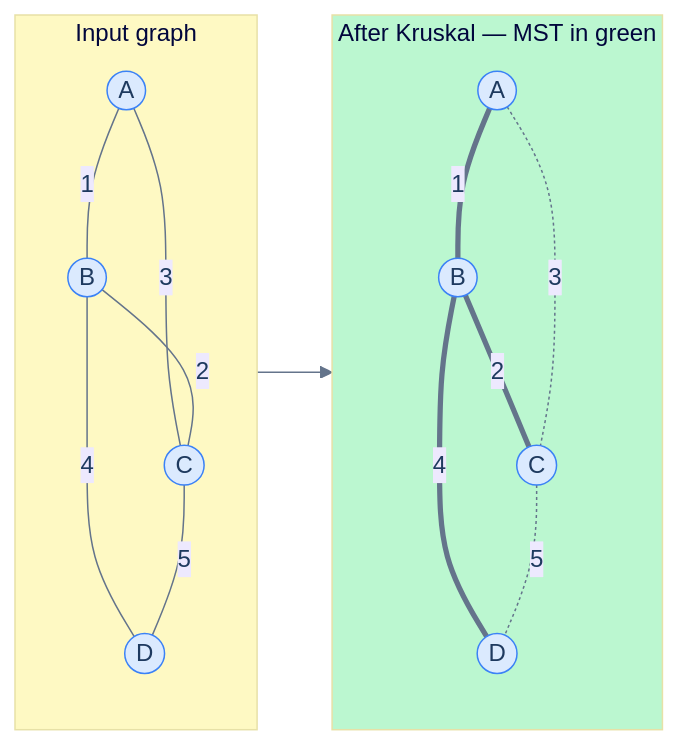
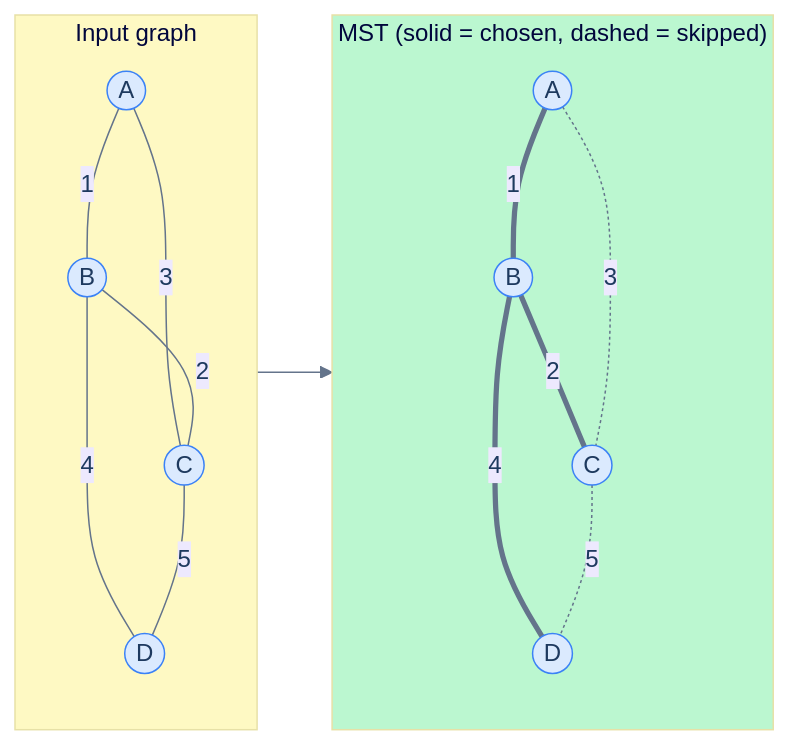
The diagram in content/cortex/data-structures-and-algorithms/04-graphs/17-minimum-spanning-trees.md (ani2fun/codefolio), drawn with Mermaid before and after one commit. The commit also changed other lines of this file and 1049 other files, not shown here.

````diff
--- a/content/cortex/data-structures-and-algorithms/04-graphs/17-minimum-spanning-trees.md
+++ b/content/cortex/data-structures-and-algorithms/04-graphs/17-minimum-spanning-trees.md
@@ -64,38 +137,38 @@
 ```mermaid
 ---
 config:
   theme: base
   themeVariables:
     primaryColor: "#dbeafe"
     primaryBorderColor: "#3b82f6"
     primaryTextColor: "#1e3a5f"
     lineColor: "#64748b"
     secondaryColor: "#ede9fe"
     tertiaryColor: "#fef9c3"
 ---
 flowchart LR
   subgraph G["Input graph"]
     A((A))
     B((B))
     C((C))
     D((D))
     A ---|1| B
     A ---|3| C
     B ---|2| C
     B ---|4| D
     C ---|5| D
   end
-  subgraph K["After Kruskal — MST in green"]
+  subgraph K["MST (solid = chosen, dashed = skipped)"]
     A2((A))
     B2((B))
     C2((C))
     D2((D))
     A2 ===|1| B2
     B2 ===|2| C2
     B2 ===|4| D2
     A2 -.-|3| C2
     C2 -.-|5| D2
   end
   G --> K
   style K fill:#bbf7d0
 ```
````
